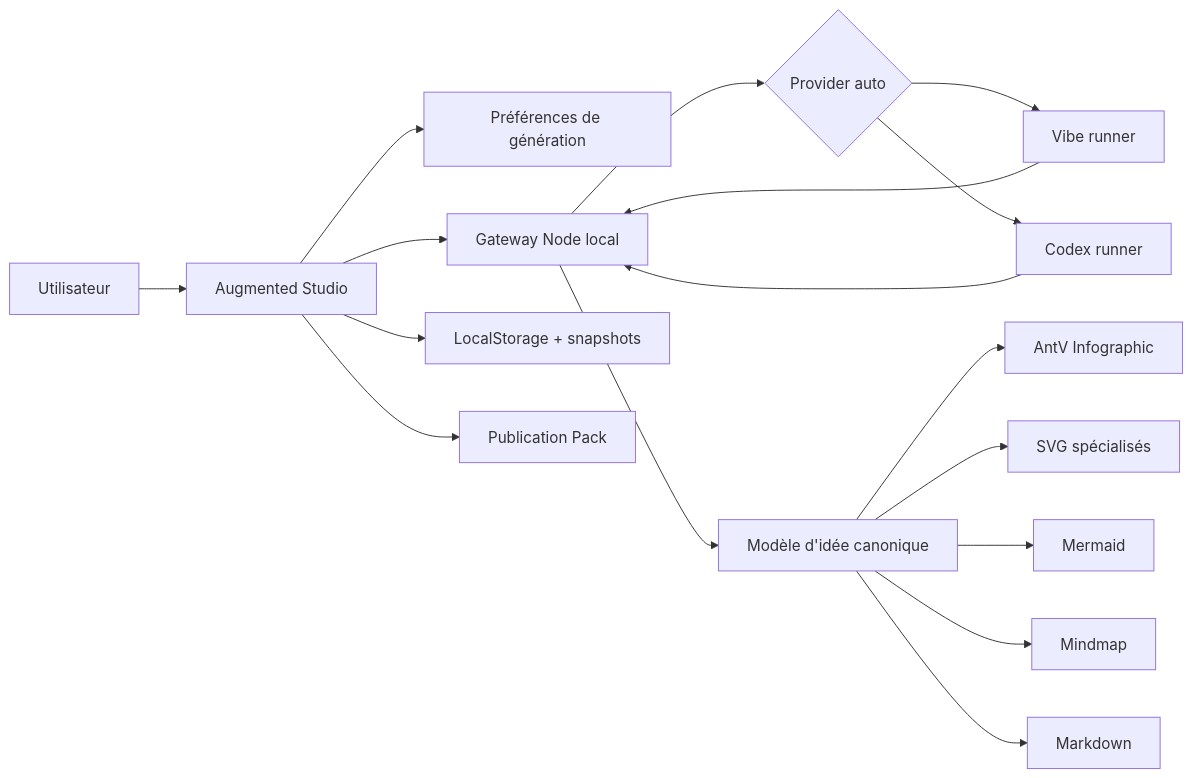
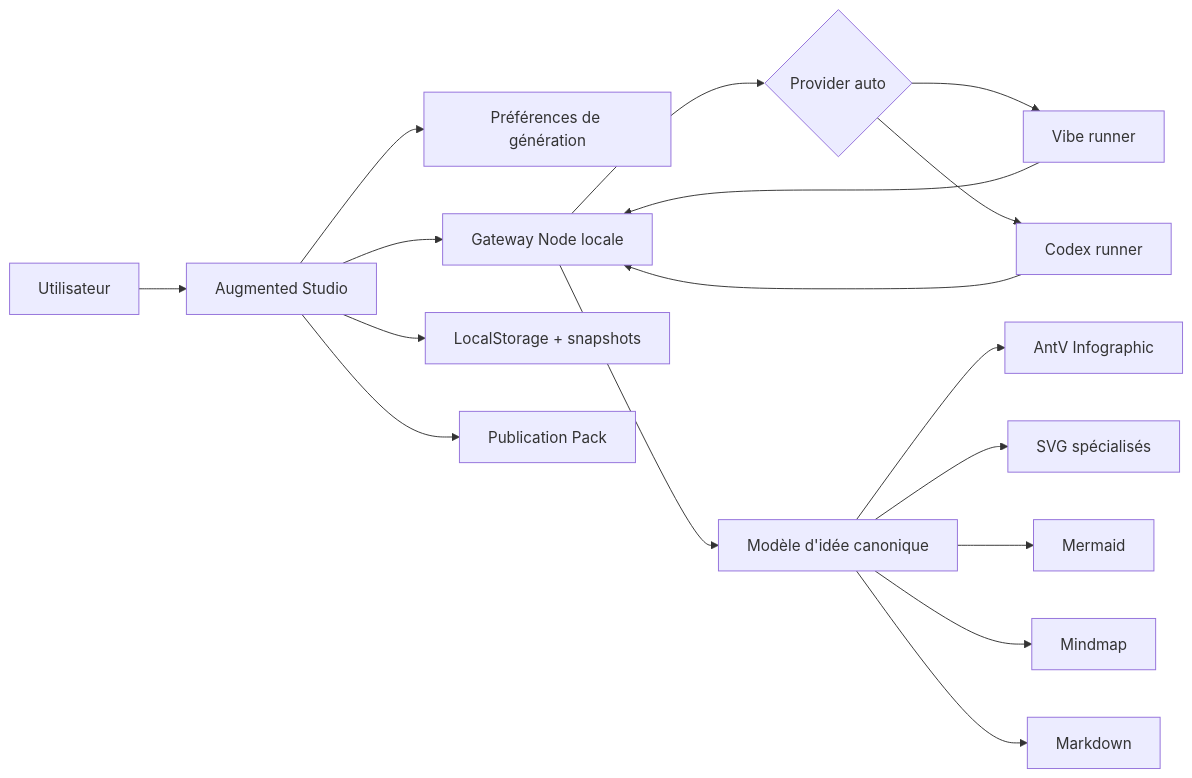
Before and after one commit to Etorrent-Org/infographic-lab: the second of 2 diagrams in ARCHITECTURE.md, drawn with Mermaid. The commit also changed other lines of this file, not shown here.

Commit message:
docs: aligne architecture Stable et Augmented dans main

````diff
--- a/ARCHITECTURE.md
+++ b/ARCHITECTURE.md
@@ -40,19 +42,19 @@
 ```mermaid
 flowchart LR
     U[Utilisateur] --> UI[Augmented Studio]
     UI --> PREF[Préférences de génération]
-    UI --> APP[Gateway Node local]
+    UI --> APP[Gateway Node locale]
     APP --> AUTO{Provider auto}
     AUTO --> V[Vibe runner]
     AUTO --> C[Codex runner]
     V --> APP
     C --> APP
     APP --> MODEL[Modèle d'idée canonique]
     MODEL --> ANT[AntV Infographic]
     MODEL --> SVG[SVG spécialisés]
     MODEL --> MER[Mermaid]
     MODEL --> MAP[Mindmap]
     MODEL --> MD[Markdown]
     UI --> LIB[LocalStorage + snapshots]
     UI --> PACK[Publication Pack]
 ```
````
